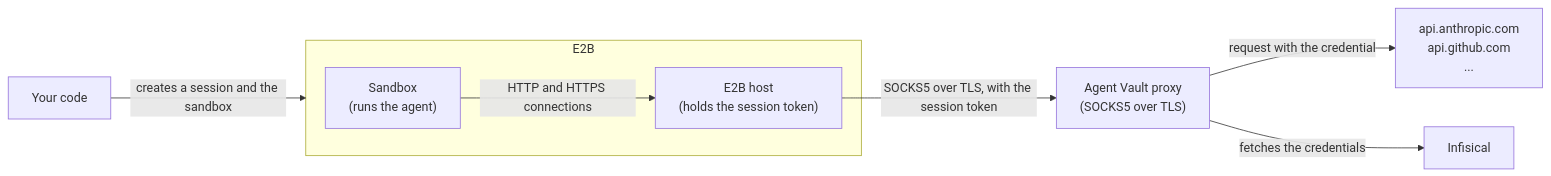
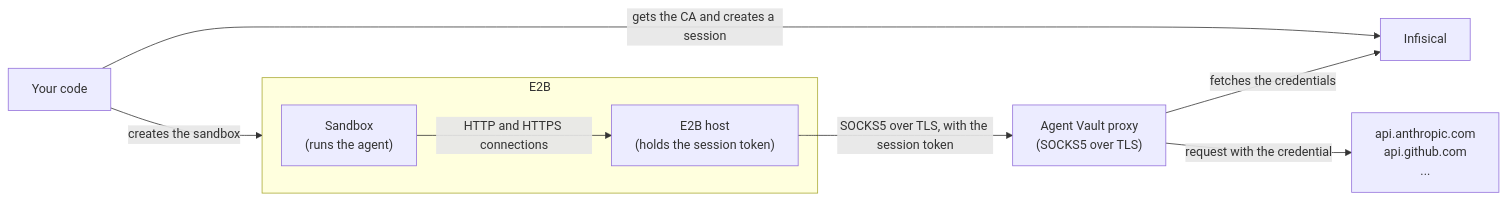
Before and after one commit to Infisical/infisical: the diagram in docs/documentation/platform/agent-vault/guides/e2b.mdx, drawn with Mermaid. The commit also changed other lines of this file and 3 other files, not shown here.

````diff
--- a/docs/documentation/platform/agent-vault/guides/e2b.mdx
+++ b/docs/documentation/platform/agent-vault/guides/e2b.mdx
@@ -16,16 +16,17 @@
 ```mermaid
 flowchart LR
   orchestrator["Your code"]
   subgraph e2b["E2B"]
     agent["Sandbox<br/>(runs the agent)"]
     host["E2B host<br/>(holds the session token)"]
   end
   proxy["Agent Vault proxy<br/>(SOCKS5 over TLS)"]
   apis["api.anthropic.com<br/>api.github.com<br/>..."]
   infisical["Infisical"]
-  orchestrator -->|"creates a session and the sandbox"| e2b
+  orchestrator -->|"creates the sandbox"| e2b
+  orchestrator -->|"gets the CA and creates a session"| infisical
   agent -->|"HTTP and HTTPS connections"| host
   host -->|"SOCKS5 over TLS, with the session token"| proxy
   proxy -->|"request with the credential"| apis
   proxy -->|"fetches the credentials"| infisical
 ```
````
